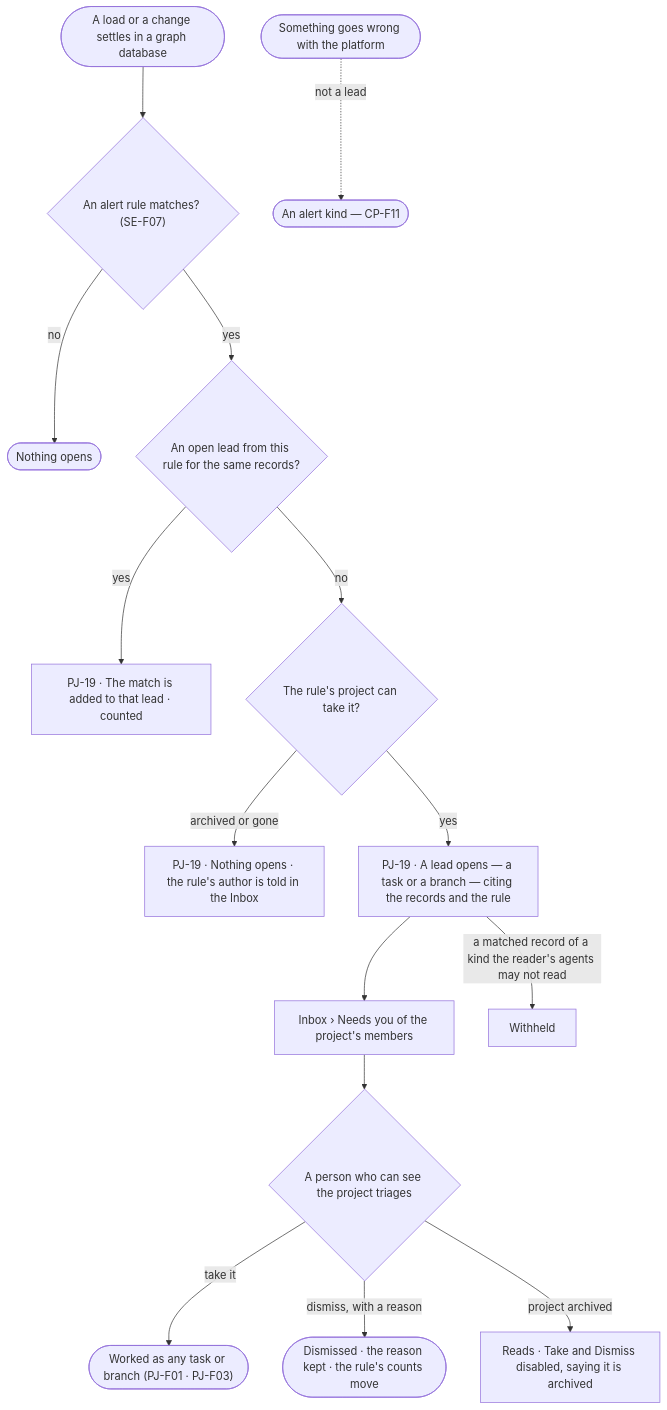
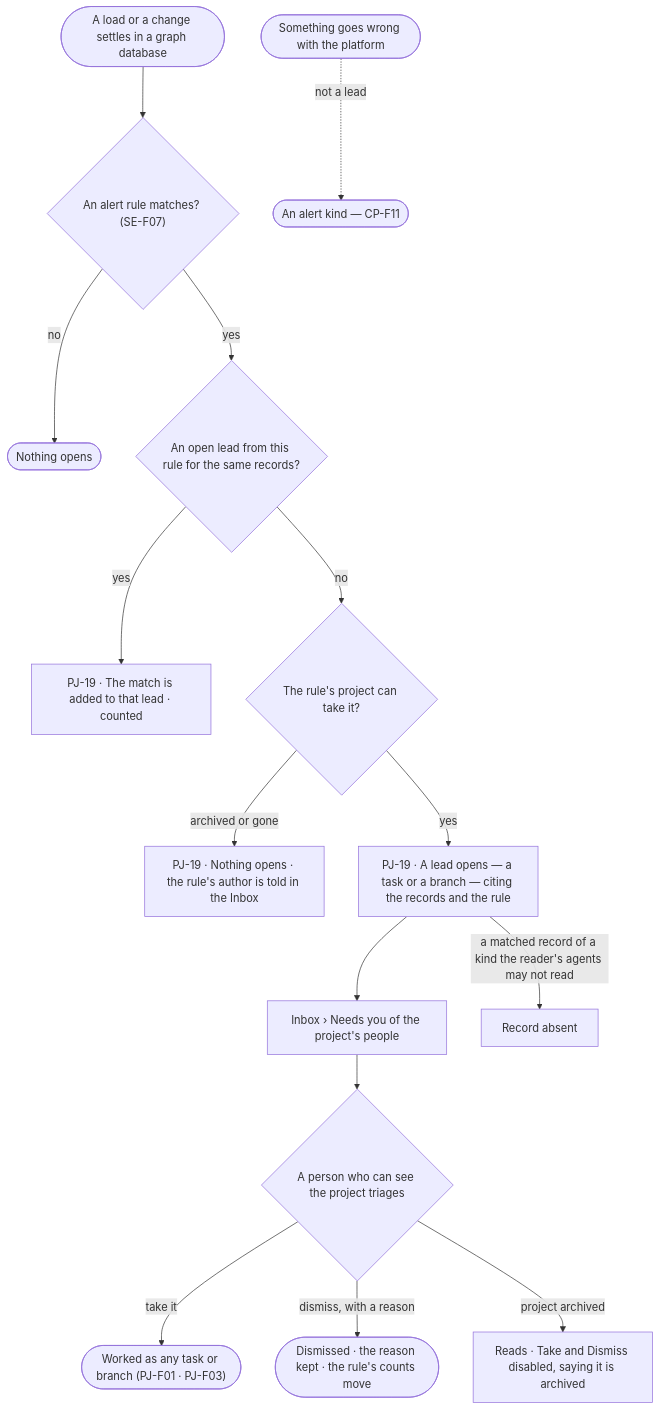
The first of 2 diagrams in specs/capabilities/projects/features/PJ-F06-alerts/feature.md (invana/invana), drawn with Mermaid before and after one commit. The commit also changed other lines of this file and 456 other files, not shown here.

````diff
--- a/specs/capabilities/projects/features/PJ-F06-alerts/feature.md
+++ b/specs/capabilities/projects/features/PJ-F06-alerts/feature.md
@@ -25,17 +25,17 @@
 ```mermaid
 flowchart TD
   ld([A load or a change settles in a graph database]) --> chk{"An alert rule matches? (SE-F07)"}
   chk -->|no| none([Nothing opens])
   chk -->|yes| open{"An open lead from this rule for the same records?"}
   open -->|yes| add["PJ-19 · The match is added to that lead · counted"]
   open -->|no| proj{"The rule's project can take it?"}
   proj -->|archived or gone| nf["PJ-19 · Nothing opens · the rule's author is told in the Inbox"]
   proj -->|yes| lead["PJ-19 · A lead opens — a task or a branch — citing the records and the rule"]
-  lead --> nyou["Inbox › Needs you of the project's members"]
+  lead --> nyou["Inbox › Needs you of the project's people"]
   nyou --> tri{"A person who can see the project triages"}
   tri -->|take it| work(["Worked as any task or branch (PJ-F01 · PJ-F03)"])
   tri -->|dismiss, with a reason| dis(["Dismissed · the reason kept · the rule's counts move"])
   tri -->|project archived| ro["Reads · Take and Dismiss disabled, saying it is archived"]
-  lead -->|a matched record of a kind the reader's agents may not read| wr["Withheld"]
+  lead -->|a matched record of a kind the reader's agents may not read| wr["Record absent"]
   ops([Something goes wrong with the platform]) -.->|not a lead| cp(["An alert kind — CP-F11"])
 ```
````
